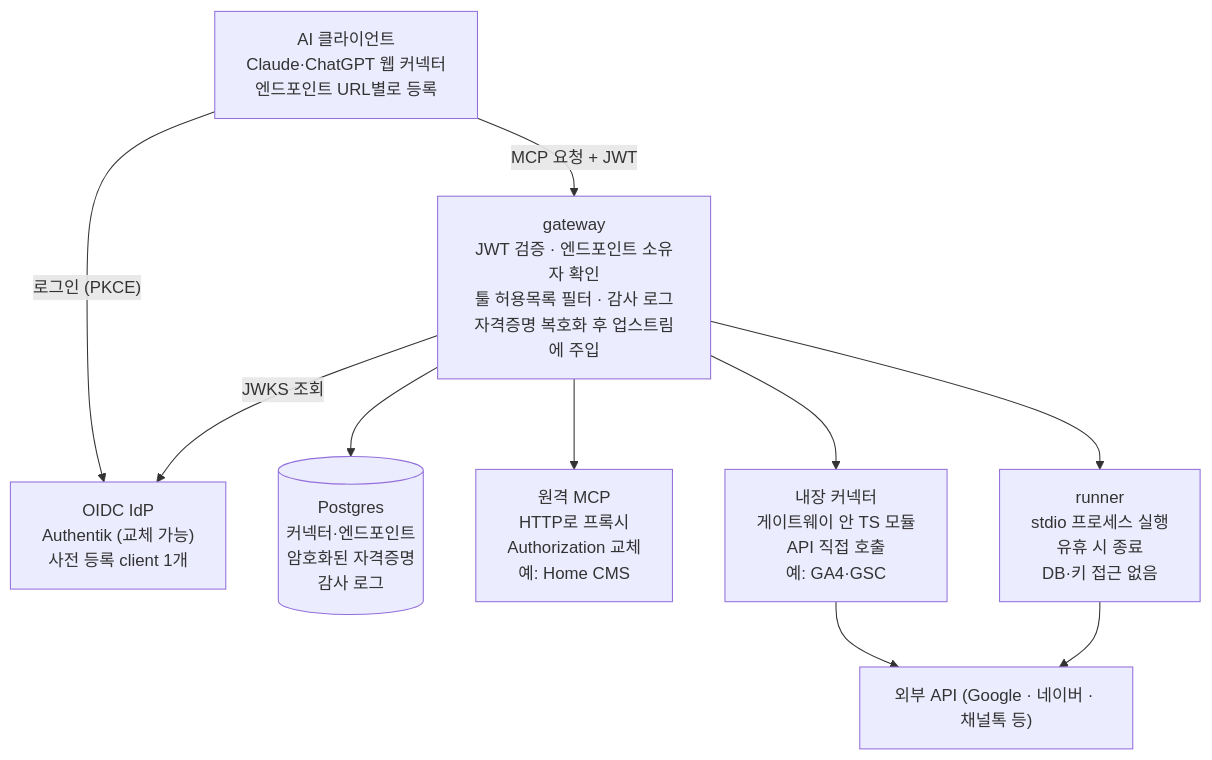
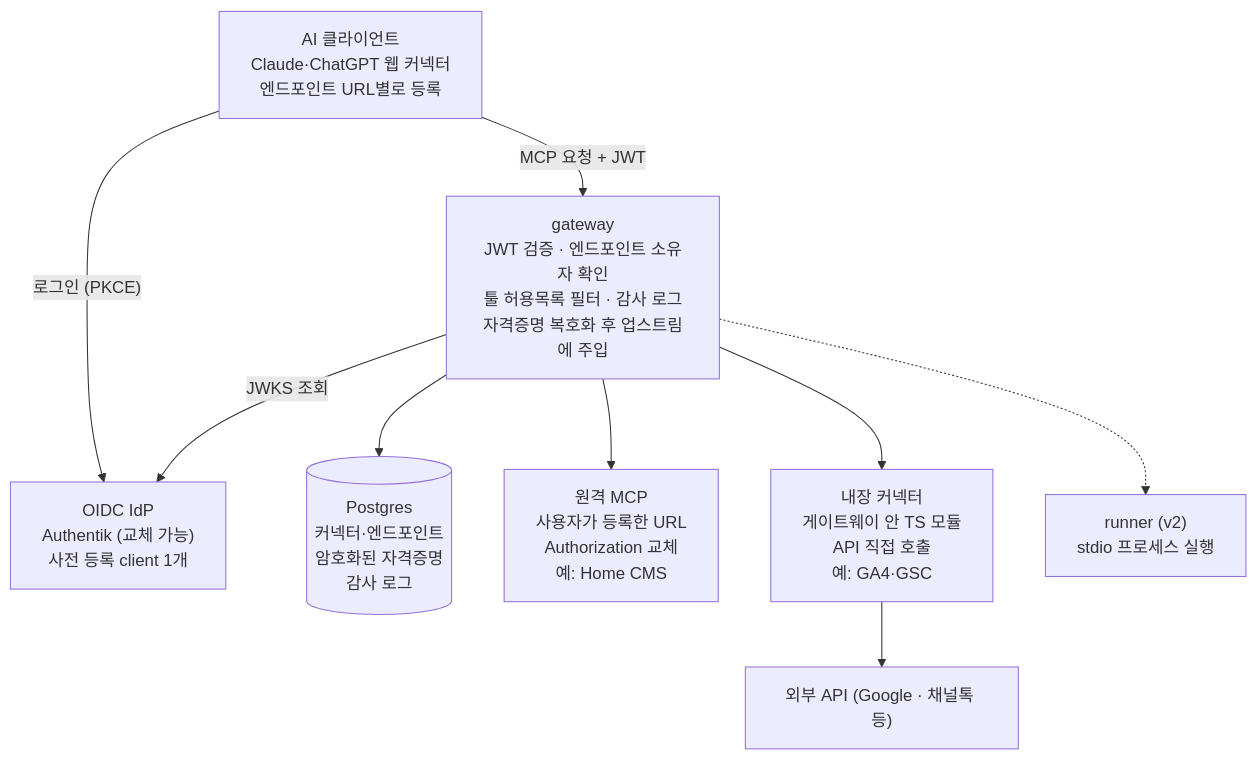
The diagram in docs/PRD.md (hojinzs/mcp-outlet), drawn with Mermaid before and after one commit. The commit also changed other lines of this file and 9 other files, not shown here.

````diff
--- a/docs/PRD.md
+++ b/docs/PRD.md
@@ -29,21 +31,20 @@
 ```mermaid
 flowchart TB
   client["AI 클라이언트<br/>Claude·ChatGPT 웹 커넥터<br/>엔드포인트 URL별로 등록"]
   idp["OIDC IdP<br/>Authentik (교체 가능)<br/>사전 등록 client 1개"]
   gateway["gateway<br/>JWT 검증 · 엔드포인트 소유자 확인<br/>툴 허용목록 필터 · 감사 로그<br/>자격증명 복호화 후 업스트림에 주입"]
   db[("Postgres<br/>커넥터·엔드포인트<br/>암호화된 자격증명<br/>감사 로그")]
-  remote["원격 MCP<br/>HTTP로 프록시<br/>Authorization 교체<br/>예: Home CMS"]
+  remote["원격 MCP<br/>사용자가 등록한 URL<br/>Authorization 교체<br/>예: Home CMS"]
   builtin["내장 커넥터<br/>게이트웨이 안 TS 모듈<br/>API 직접 호출<br/>예: GA4·GSC"]
-  runner["runner<br/>stdio 프로세스 실행<br/>유휴 시 종료<br/>DB·키 접근 없음"]
-  ext["외부 API (Google · 네이버 · 채널톡 등)"]
+  runner["runner (v2)<br/>stdio 프로세스 실행"]
+  ext["외부 API (Google · 채널톡 등)"]
 
   client -- "로그인 (PKCE)" --> idp
   client -- "MCP 요청 + JWT" --> gateway
   gateway -- "JWKS 조회" --> idp
   gateway --> db
   gateway --> remote
   gateway --> builtin
-  gateway --> runner
+  gateway -.-> runner
   builtin --> ext
-  runner --> ext
 ```
````
